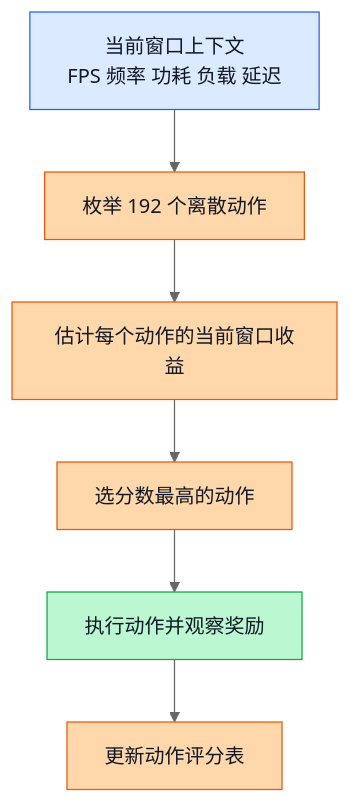
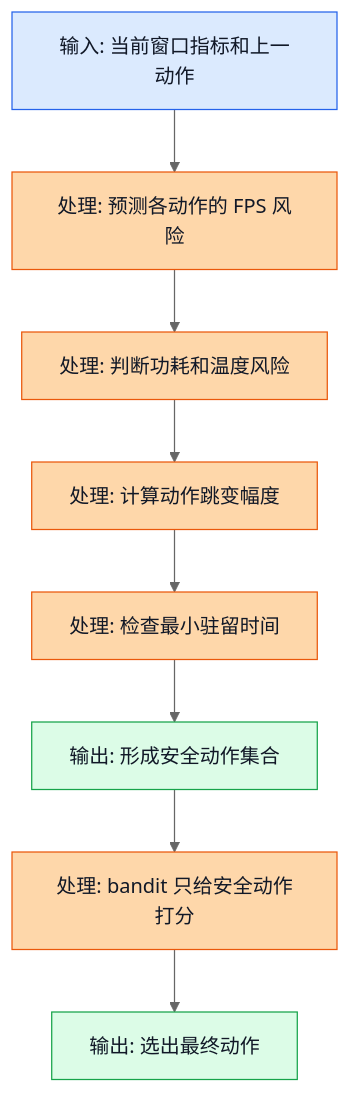
One commit to Mrphase/RL-Doc changed the first of 4 diagrams in learn/06_Safe_Contextual_Bandit.md. Above: the diagram before and after it, drawn with Mermaid (neutral theme). The commit also changed other lines of this file, not shown here.

Commit message:
docs: rewrite safe contextual bandit lesson

````diff
--- a/learn/06_Safe_Contextual_Bandit.md
+++ b/learn/06_Safe_Contextual_Bandit.md
@@ -108,16 +104,18 @@
 ```mermaid
 flowchart TD
-    A[当前窗口上下文<br/>FPS 频率 功耗 负载 延迟] --> B[枚举 192 个离散动作]
-    B --> C[估计每个动作的当前窗口收益]
-    C --> D[选分数最高的动作]
-    D --> E[执行动作并观察奖励]
-    E --> F[更新动作评分表]
+    A[输入: 当前窗口指标和上一动作] --> B[处理: 预测各动作的 FPS 风险]
+    B --> C[处理: 判断功耗和温度风险]
+    C --> D[处理: 计算动作跳变幅度]
+    D --> E[处理: 检查最小驻留时间]
+    E --> F[输出: 形成安全动作集合]
+    F --> G[处理: bandit 只给安全动作打分]
+    G --> H[输出: 选出最终动作]
 
     classDef input fill:#dbeafe,stroke:#2563eb,color:#111827;
     classDef process fill:#fed7aa,stroke:#ea580c,color:#111827;
-    classDef output fill:#bbf7d0,stroke:#16a34a,color:#111827;
+    classDef output fill:#dcfce7,stroke:#16a34a,color:#111827;
 
-    class A input;
-    class B,C,D,F process;
-    class E output;
+    class A input
+    class B,C,D,E,G process
+    class F,H output
 ```
````
